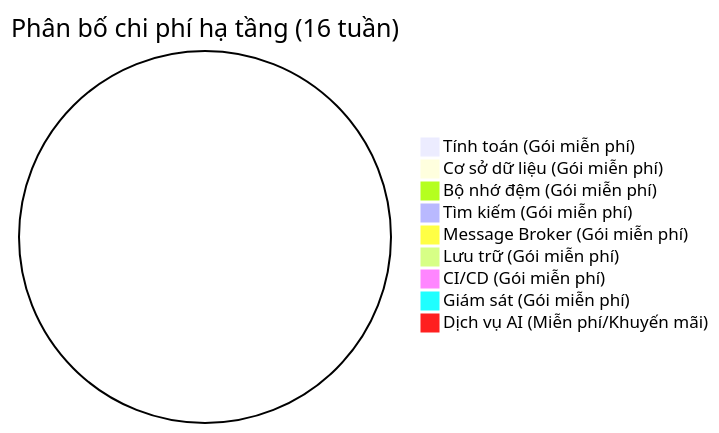
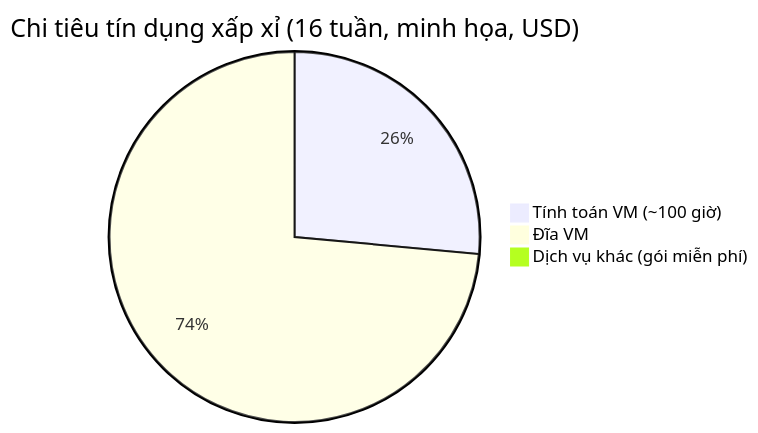
One commit to dut-pbl6-2026/job-platform-docs changed the second of 5 diagrams in docs/srs/vi/9-infra-cost-analysis.vi.md. Above: the diagram before and after it, drawn with Mermaid. The commit also changed other lines of this file and 20 other files, not shown here.

````diff
--- a/docs/srs/vi/9-infra-cost-analysis.vi.md
+++ b/docs/srs/vi/9-infra-cost-analysis.vi.md
@@ -104,12 +118,6 @@
 ```mermaid
-pie title Phân bố chi phí hạ tầng (16 tuần)
-    "Tính toán (Gói miễn phí)" : 0
-    "Cơ sở dữ liệu (Gói miễn phí)" : 0
-    "Bộ nhớ đệm (Gói miễn phí)" : 0
-    "Tìm kiếm (Gói miễn phí)" : 0
-    "Message Broker (Gói miễn phí)" : 0
-    "Lưu trữ (Gói miễn phí)" : 0
-    "CI/CD (Gói miễn phí)" : 0
-    "Giám sát (Gói miễn phí)" : 0
-    "Dịch vụ AI (Miễn phí/Khuyến mãi)" : 0
+pie title Chi tiêu tín dụng xấp xỉ (16 tuần, minh họa, USD)
+    "Tính toán VM (~100 giờ)" : 9
+    "Đĩa VM" : 25
+    "Dịch vụ khác (gói miễn phí)" : 0
 ```
````
